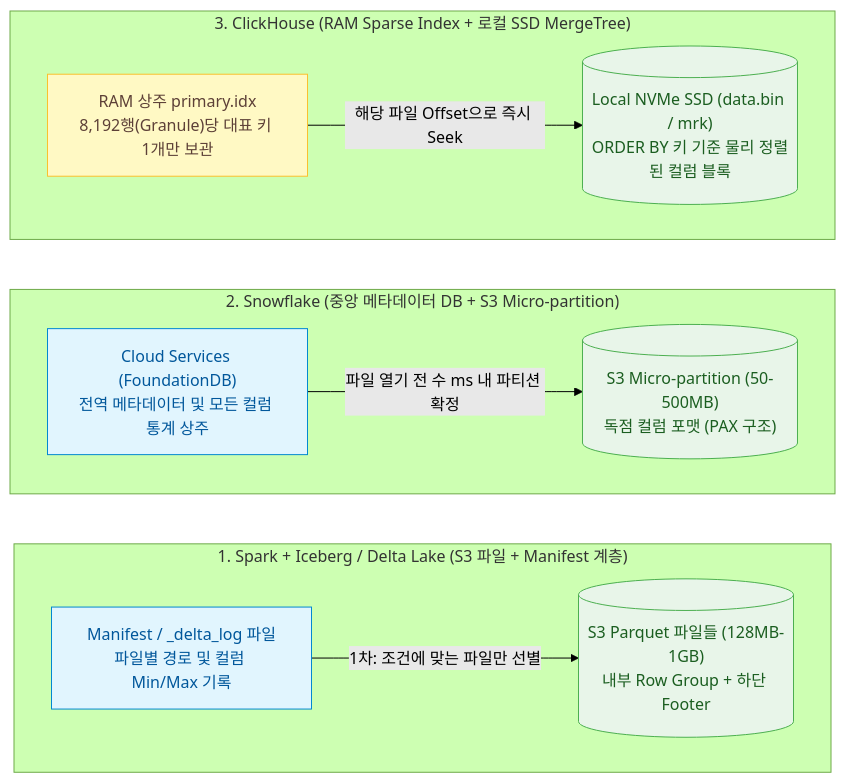
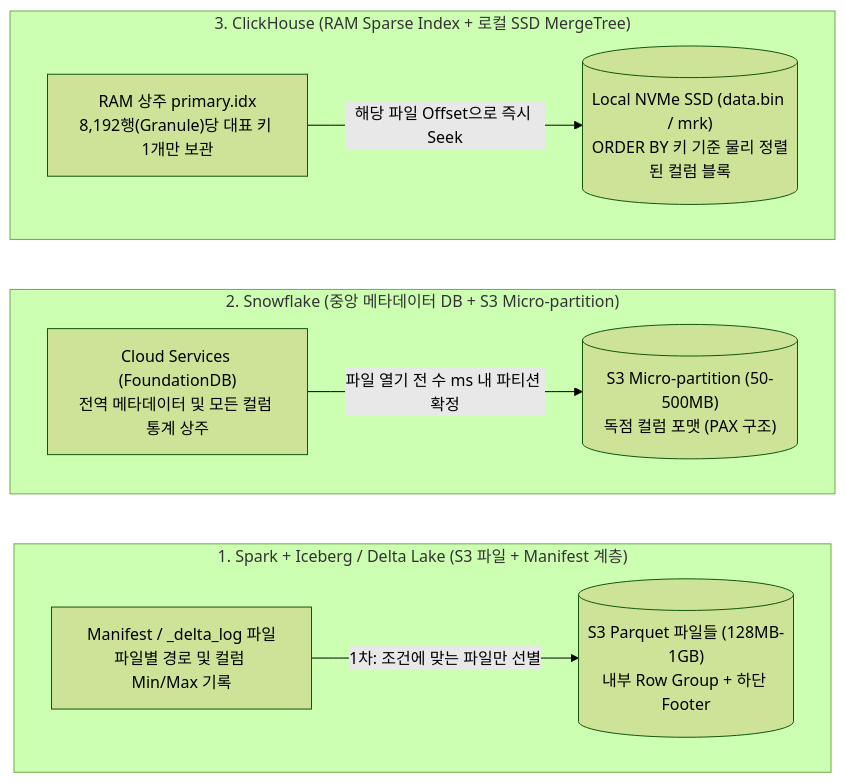
One commit to djpibo/djpibo.github.io changed the seventh of 11 diagrams in docs/dbms/distributed/mapreduce-spark-and-distributed-db-internals.md. Above: the diagram before and after it, drawn with Mermaid (forest theme). The commit also changed other lines of this file and 8 other files, not shown here.

Commit message:
style(mermaid): unify all diagrams to monochrome and remove colored rect boxes

````diff
--- a/docs/dbms/distributed/mapreduce-spark-and-distributed-db-internals.md
+++ b/docs/dbms/distributed/mapreduce-spark-and-distributed-db-internals.md
@@ -343,27 +322,24 @@
 ```mermaid
 flowchart LR
-    classDef storage fill:#E8F5E9,stroke:#4CAF50,color:#1B5E20;
-    classDef process fill:#FFF9C4,stroke:#FBC02D,color:#5D4037;
-    classDef cloud fill:#E1F5FE,stroke:#0288D1,color:#01579B;
 
     subgraph SP_STORE ["1. Spark + Iceberg / Delta Lake (S3 파일 + Manifest 계층)"]
         direction LR
-        MANIFEST["Manifest / _delta_log 파일<br/>파일별 경로 및 컬럼 Min/Max 기록"]:::cloud
-        PARQ_F[("S3 Parquet 파일들 (128MB-1GB)<br/>내부 Row Group + 하단 Footer")]:::storage
+        MANIFEST["Manifest / _delta_log 파일<br/>파일별 경로 및 컬럼 Min/Max 기록"]
+        PARQ_F[("S3 Parquet 파일들 (128MB-1GB)<br/>내부 Row Group + 하단 Footer")]
         MANIFEST -->|"1차: 조건에 맞는 파일만 선별"| PARQ_F
     end
 
     subgraph SF_STORE ["2. Snowflake (중앙 메타데이터 DB + S3 Micro-partition)"]
         direction LR
-        FDB["Cloud Services (FoundationDB)<br/>전역 메타데이터 및 모든 컬럼 통계 상주"]:::cloud
-        MICRO[("S3 Micro-partition (50-500MB)<br/>독점 컬럼 포맷 (PAX 구조)")]:::storage
+        FDB["Cloud Services (FoundationDB)<br/>전역 메타데이터 및 모든 컬럼 통계 상주"]
+        MICRO[("S3 Micro-partition (50-500MB)<br/>독점 컬럼 포맷 (PAX 구조)")]
         FDB -->|"파일 열기 전 수 ms 내 파티션 확정"| MICRO
     end
 
     subgraph CH_STORE ["3. ClickHouse (RAM Sparse Index + 로컬 SSD MergeTree)"]
         direction LR
-        SPARSE["RAM 상주 primary.idx<br/>8,192행(Granule)당 대표 키 1개만 보관"]:::process
-        MERGETREE[("Local NVMe SSD (data.bin / mrk)<br/>ORDER BY 키 기준 물리 정렬된 컬럼 블록")]:::storage
+        SPARSE["RAM 상주 primary.idx<br/>8,192행(Granule)당 대표 키 1개만 보관"]
+        MERGETREE[("Local NVMe SSD (data.bin / mrk)<br/>ORDER BY 키 기준 물리 정렬된 컬럼 블록")]
         SPARSE -->|"해당 파일 Offset으로 즉시 Seek"| MERGETREE
     end
 ```
````
